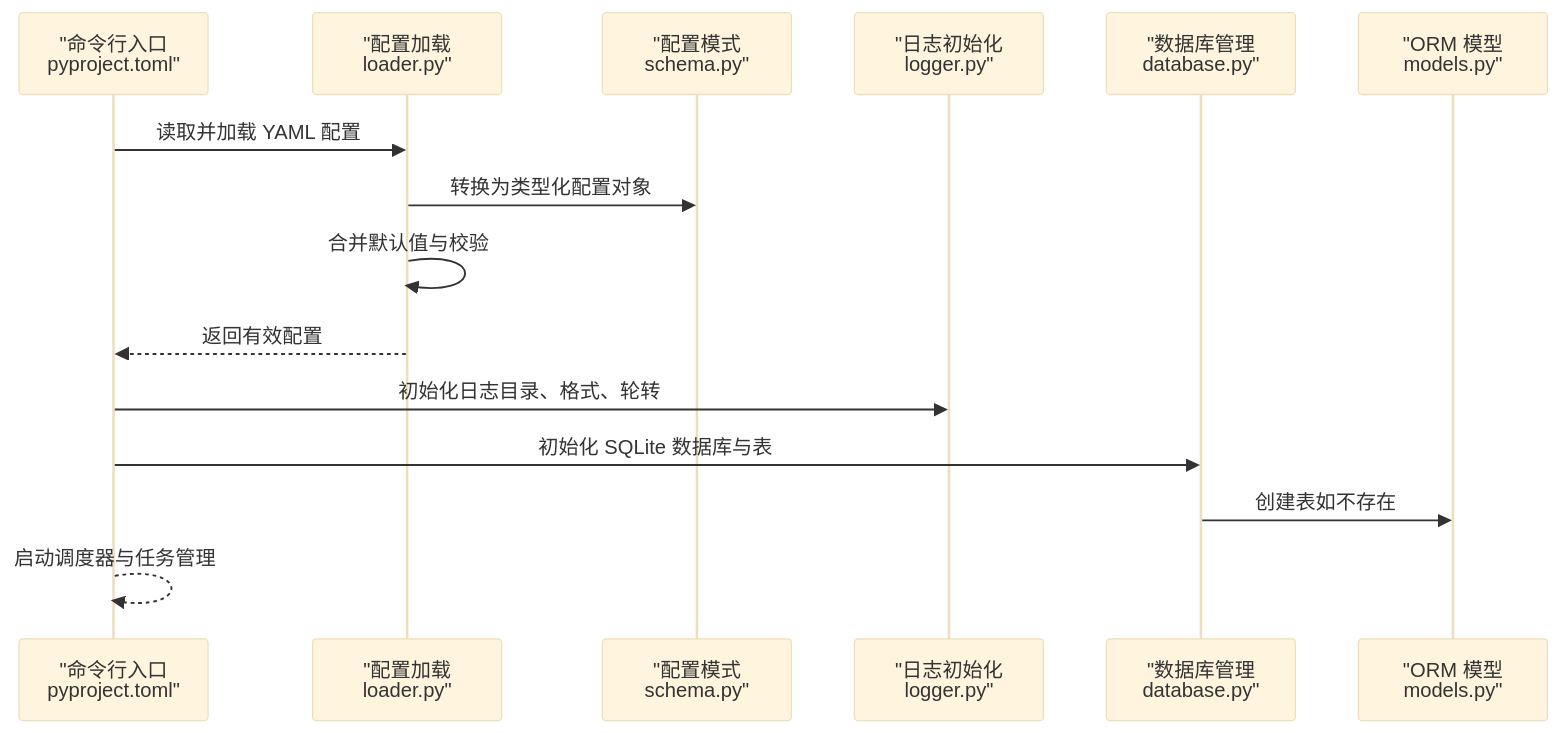
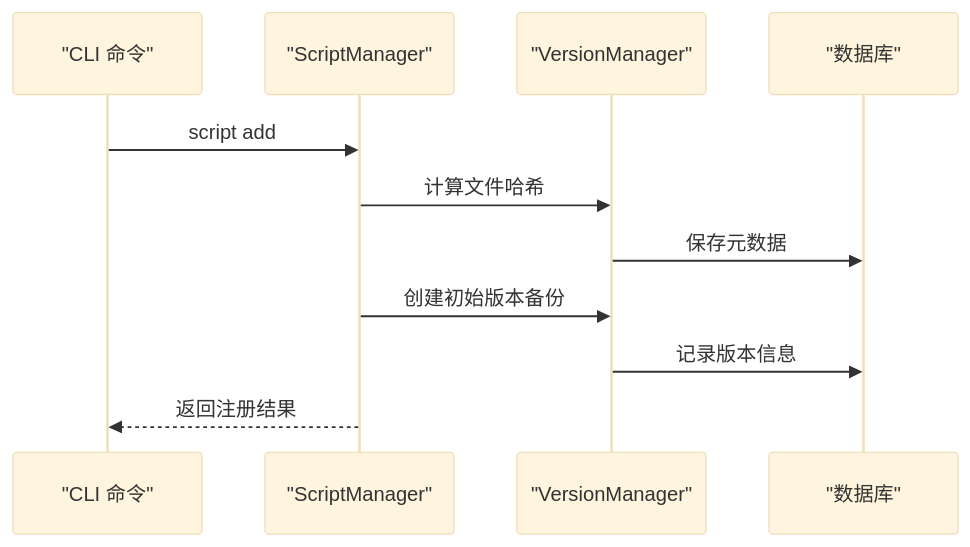
One commit to eden2f/cron-copilot changed the fourth of 5 diagrams in .qoder/repowiki/zh/content/快速开始.md. Above: the diagram before and after it, drawn with Mermaid (base theme). The commit also changed other lines of this file and 21 other files, not shown here.

````diff
--- a/.qoder/repowiki/zh/content/快速开始.md
+++ b/.qoder/repowiki/zh/content/快速开始.md
@@ -87,17 +244,13 @@
 ```mermaid
 sequenceDiagram
-participant CLI as "命令行入口<br/>pyproject.toml"
-participant CFG as "配置加载<br/>loader.py"
-participant SCHEMA as "配置模式<br/>schema.py"
-participant LOG as "日志初始化<br/>logger.py"
-participant DBM as "数据库管理<br/>database.py"
-participant MODELS as "ORM 模型<br/>models.py"
-CLI->>CFG : 读取并加载 YAML 配置
-CFG->>SCHEMA : 转换为类型化配置对象
-CFG->>CFG : 合并默认值与校验
-CFG-->>CLI : 返回有效配置
-CLI->>LOG : 初始化日志目录、格式、轮转
-CLI->>DBM : 初始化 SQLite 数据库与表
-DBM->>MODELS : 创建表如不存在
-CLI-->>CLI : 启动调度器与任务管理
+participant CLI as "CLI 命令"
+participant SM as "ScriptManager"
+participant VM as "VersionManager"
+participant DB as "数据库"
+CLI->>SM : script add
+SM->>VM : 计算文件哈希
+VM->>DB : 保存元数据
+SM->>VM : 创建初始版本备份
+VM->>DB : 记录版本信息
+SM-->>CLI : 返回注册结果
 ```
````
